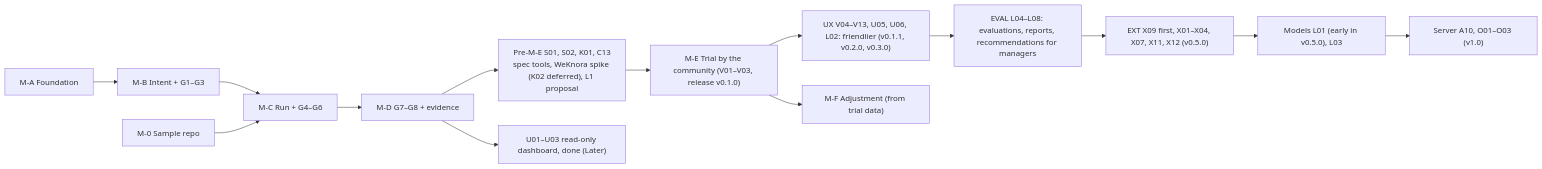
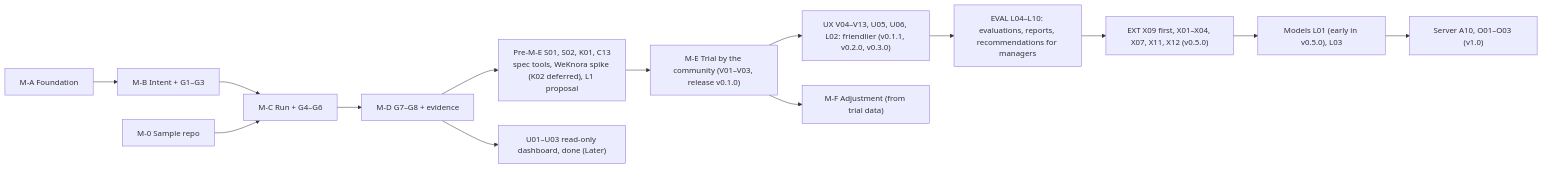
The diagram in design/D-08-mvp-backlog.md (hoanghainh1188/agentic-sdlc-framework), drawn with Mermaid before and after one commit. The commit also changed other lines of this file and 10 other files, not shown here.

````diff
--- a/design/D-08-mvp-backlog.md
+++ b/design/D-08-mvp-backlog.md
@@ -58,16 +58,16 @@
 ```mermaid
 flowchart LR
     MA["M-A Foundation"] --> MB["M-B Intent + G1–G3"]
     MB --> MC["M-C Run + G4–G6"]
     M0["M-0 Sample repo"] --> MC
     MC --> MD["M-D G7–G8 + evidence"]
     MD --> MP["Pre-M-E S01, S02, K01, C13<br/>spec tools, WeKnora spike (K02 deferred), L1 proposal"]
     MP --> ME["M-E Trial by the community (V01–V03, release v0.1.0)"]
     ME --> UX["UX V04–V13, U05, U06, L02: friendlier (v0.1.1, v0.2.0, v0.3.0)"]
-    UX --> EV["EVAL L04–L08: evaluations, reports, recommendations for managers"]
+    UX --> EV["EVAL L04–L10: evaluations, reports, recommendations for managers"]
     EV --> EXT["EXT X09 first, X01–X04, X07, X11, X12 (v0.5.0)"]
     EXT --> MO["Models L01 (early in v0.5.0), L03"]
     MO --> SV["Server A10, O01–O03 (v1.0)"]
     ME --> MF["M-F Adjustment (from trial data)"]
     MD --> MU["U01–U03 read-only dashboard, done (Later)"]
 ```
````
